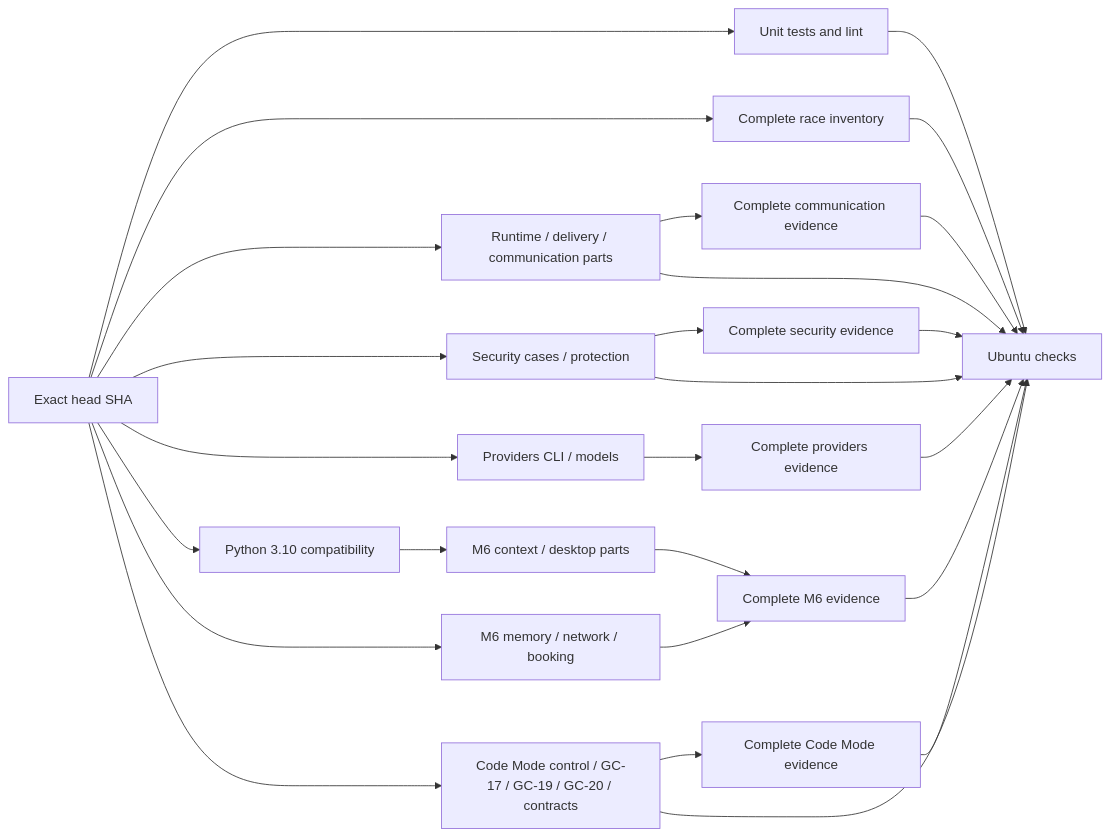
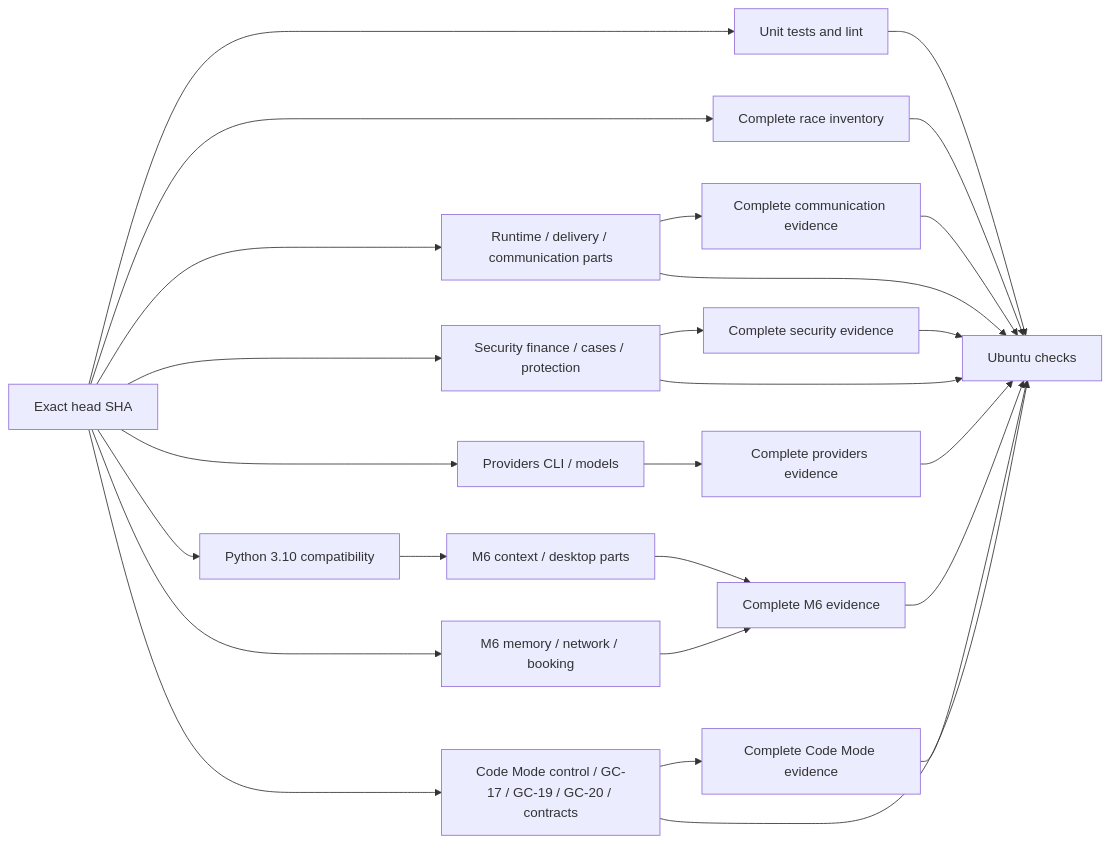
One commit to z-chenhao/assistant changed the diagram in docs/ci.md. Above: the diagram before and after it, drawn with Mermaid. The commit also changed other lines of this file and 8 other files, not shown here.

````diff
--- a/docs/ci.md
+++ b/docs/ci.md
@@ -21,28 +21,28 @@
 ```mermaid
 flowchart LR
     SHA[Exact head SHA] --> Unit[Unit tests and lint]
     SHA --> Race[Complete race inventory]
     SHA --> Verify[Runtime / delivery / communication parts]
-    SHA --> Security[Security cases / protection]
+    SHA --> Security[Security finance / cases / protection]
     Security --> SecurityJoin[Complete security evidence]
     Security --> Gate
     SecurityJoin --> Gate
     Verify --> CommunicationJoin[Complete communication evidence]
     CommunicationJoin --> Gate
     SHA --> Providers[Providers CLI / models]
     Providers --> ProviderJoin[Complete providers evidence]
     ProviderJoin --> Gate
     SHA --> Python[Python 3.10 compatibility]
     SHA --> Personal[M6 memory / network / booking]
     Python --> Deferred[M6 context / desktop parts]
     Personal --> M6Join[Complete M6 evidence]
     Deferred --> M6Join
     M6Join --> Gate
     SHA --> Parts[Code Mode control / GC-17 / GC-19 / GC-20 / contracts]
     Parts --> Join[Complete Code Mode evidence]
     Unit --> Gate[Ubuntu checks]
     Race --> Gate
     Verify --> Gate
     Parts --> Gate
     Join --> Gate
 ```
````
